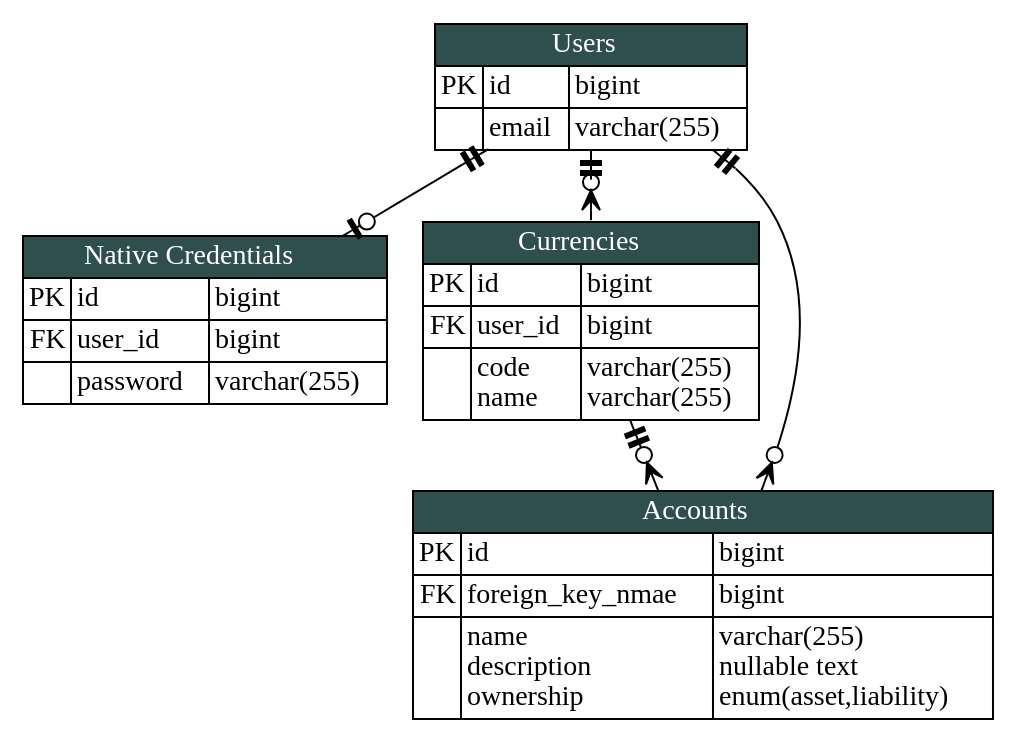
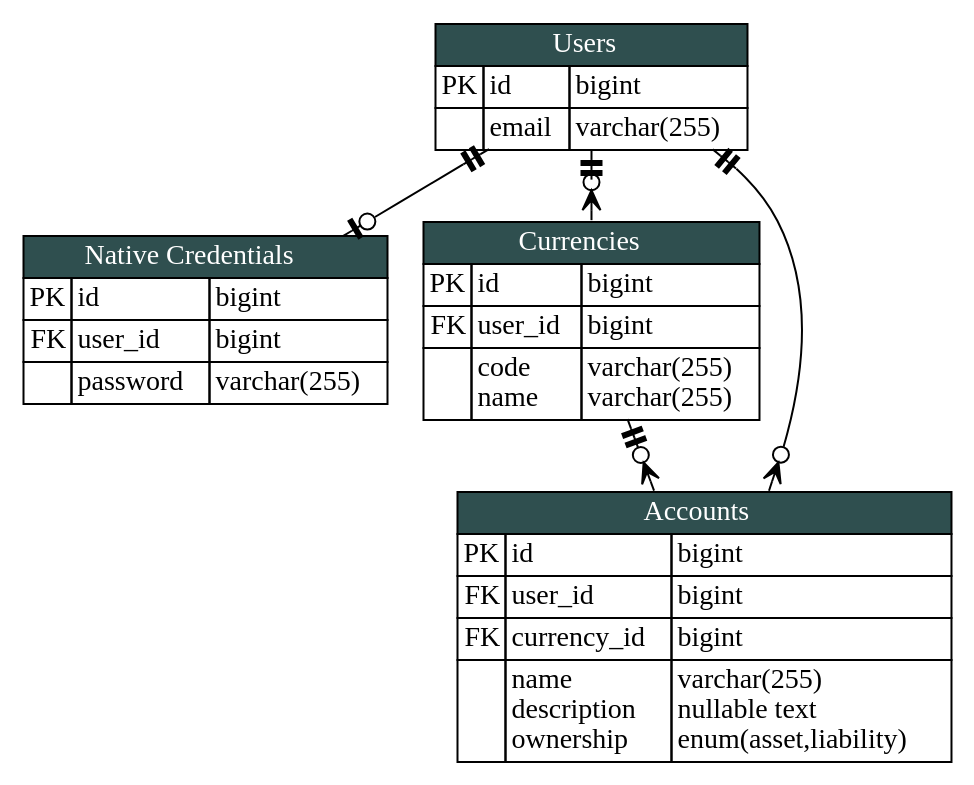
Before and after one commit to KennethTrecy/peratorakka_server: the diagram in blueprint/erd.dot, drawn with Graphviz.

Commit message:
fix(blueprint): add missing foreign keys

```diff
--- a/blueprint/erd.dot
+++ b/blueprint/erd.dot
@@ -1,162 +1,167 @@
 digraph {
 	graph [
 		splines = true
 		layout = dot
 	]
 	{
 		node [ shape = none margin = 0 fontname="Candara" ]
 		users [
 			label = <
 			<table cellspacing="0" border="0" cellborder="1">
 				<tr>
 					<td colspan="3" bgcolor="darkslategray">
 						<font color="white">
 							Users
 						</font>
 					</td>
 				</tr>
 				<tr>
 					<td>PK</td>
 					<td align="left">id</td>
 					<td align="left">bigint</td>
 				</tr>
 				<tr>
 					<td></td>
 					<td>
 						email<br align="left"/>
 					</td>
 					<td>
 						varchar(255)<br align="left"/>
 					</td>
 				</tr>
 			</table>
 			>
 		]
 
 		native_credentials [
 			label = <
 			<table cellspacing="0" border="0" cellborder="1">
 				<tr>
 					<td colspan="3" bgcolor="darkslategray">
 						<font color="white">
 							Native Credentials
 						</font>
 					</td>
 				</tr>
 				<tr>
 					<td>PK</td>
 					<td align="left">id</td>
 					<td align="left">bigint</td>
 				</tr>
 				<tr>
 					<td>FK</td>
 					<td align="left">user_id</td>
 					<td align="left">bigint</td>
 				</tr>
 				<tr>
 					<td></td>
 					<td>
 						password<br align="left"/>
 					</td>
 					<td>
 						varchar(255)<br align="left"/>
 					</td>
 				</tr>
 			</table>
 			>
 		]
 		currencies [
 			label = <
 			<table cellspacing="0" border="0" cellborder="1">
 				<tr>
 					<td colspan="3" bgcolor="darkslategray">
 						<font color="white">
 							Currencies
 						</font>
 					</td>
 				</tr>
 				<tr>
 					<td>PK</td>
 					<td align="left">id</td>
 					<td align="left">bigint</td>
 				</tr>
 				<tr>
 					<td>FK</td>
 					<td align="left">user_id</td>
 					<td align="left">bigint</td>
 				</tr>
 				<tr>
 					<td></td>
 					<td align="left">
 						code<br align="left"/>
 						name<br align="left"/>
 					</td>
 					<td align="left">
 						varchar(255)<br align="left"/>
 						varchar(255)<br align="left"/>
 					</td>
 				</tr>
 			</table>
 			>
 		]
 		accounts [
 			label = <
 			<table cellspacing="0" border="0" cellborder="1">
 				<tr>
 					<td colspan="3" bgcolor="darkslategray">
 						<font color="white">
 							Accounts
 						</font>
 					</td>
 				</tr>
 				<tr>
 					<td>PK</td>
 					<td align="left">id</td>
 					<td align="left">bigint</td>
 				</tr>
 				<tr>
 					<td>FK</td>
-					<td align="left">foreign_key_nmae</td>
+					<td align="left">user_id</td>
+					<td align="left">bigint</td>
+				</tr>
+				<tr>
+					<td>FK</td>
+					<td align="left">currency_id</td>
 					<td align="left">bigint</td>
 				</tr>
 				<tr>
 					<td></td>
 					<td align="left">
 						name<br align="left"/>
 						description<br align="left"/>
 						ownership<br align="left"/>
 					</td>
 					<td align="left">
 						varchar(255)<br align="left"/>
 						nullable text<br align="left"/>
 						enum(asset,liability)<br align="left"/>
 					</td>
 				</tr>
 			</table>
 			>
 		]
 	}
 
 	edge [ dir = "both" ]
 	{
 		// zero or one
 		edge [
 			arrowhead = noneteeodot
 			arrowtail = noneteetee
 		]
 
 		users -> native_credentials
 	}
 
 	{
 		// zero to many
 		edge [
 			arrowhead = nonecrowodot
 			arrowtail = noneteetee
 		]
 
 		users -> currencies
 		users -> accounts
 		currencies -> accounts
 	}
 }
```
